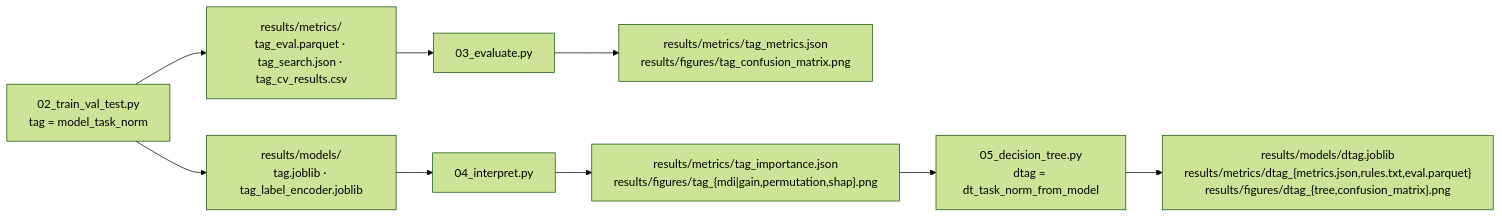
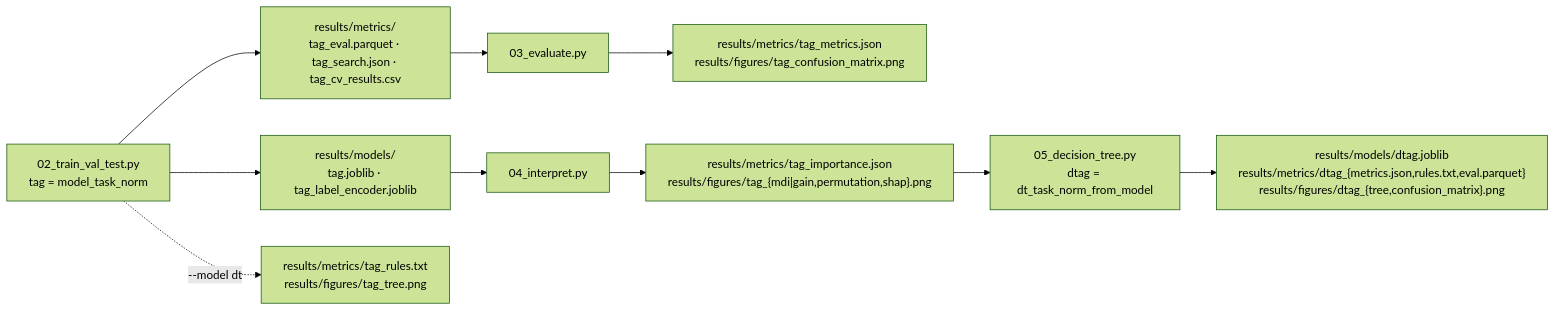
The fourth of 4 diagrams in README.md (Thiago-TP/flow-assurance-ml), drawn with Mermaid (forest theme) before and after one commit. The commit also changed other lines of this file and 9 other files, not shown here.

Commit message:
Introduce Decision Tree as a model option

````diff
--- a/README.md
+++ b/README.md
@@ -296,8 +318,9 @@
 ```mermaid
 flowchart LR
   T["02_train_val_test.py<br/>tag = model_task_norm"] --> M["results/models/<br/>tag.joblib · tag_label_encoder.joblib"]
   T --> O["results/metrics/<br/>tag_eval.parquet · tag_search.json · tag_cv_results.csv"]
+  T -. "--model dt" .-> R["results/metrics/tag_rules.txt<br/>results/figures/tag_tree.png"]
   O --> EV["03_evaluate.py"] --> EM["results/metrics/tag_metrics.json<br/>results/figures/tag_confusion_matrix.png"]
   M --> IN["04_interpret.py"] --> IM["results/metrics/tag_importance.json<br/>results/figures/tag_{mdi|gain,permutation,shap}.png"]
   IM --> DT["05_decision_tree.py<br/>dtag = dt_task_norm_from_model"] --> DM["results/models/dtag.joblib<br/>results/metrics/dtag_{metrics.json,rules.txt,eval.parquet}<br/>results/figures/dtag_{tree,confusion_matrix}.png"]
 ```
````
